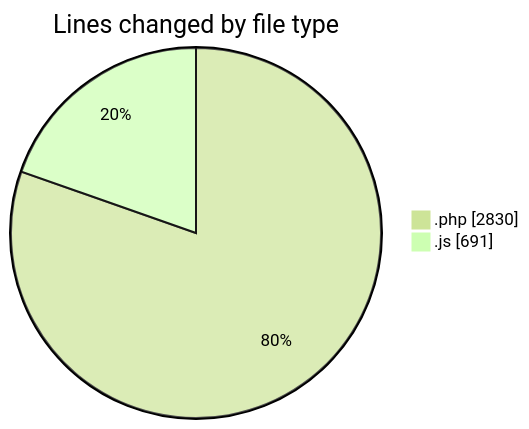
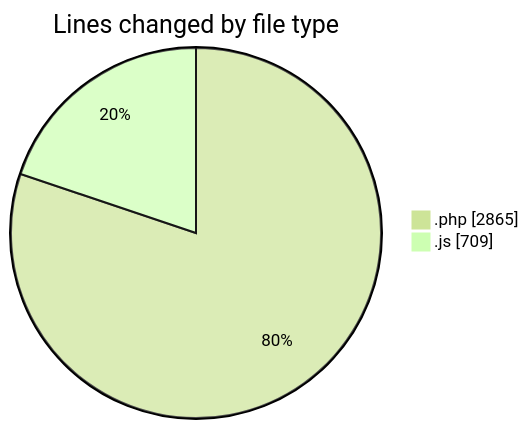
One commit to debugP/code-tracking changed the first of 2 diagrams in 2026-10-20/untitled__workspace_/README.md. Above: the diagram before and after it, drawn with Mermaid (forest theme). The commit also changed other lines of this file and 1 other file, not shown here.

````diff
--- a/2026-10-20/untitled__workspace_/README.md
+++ b/2026-10-20/untitled__workspace_/README.md
@@ -21,6 +21,6 @@
 ```mermaid
 pie showData
 title Lines changed by file type
-".php" : 2830
-".js" : 691
+".php" : 2865
+".js" : 709
 ```
````
